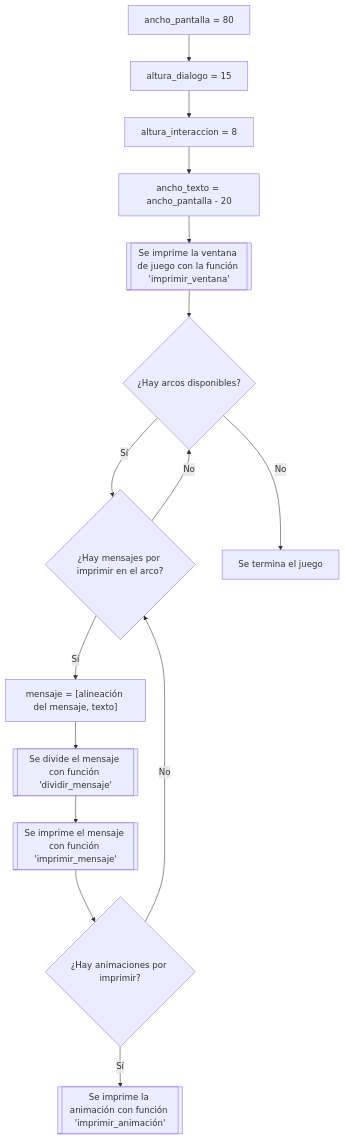
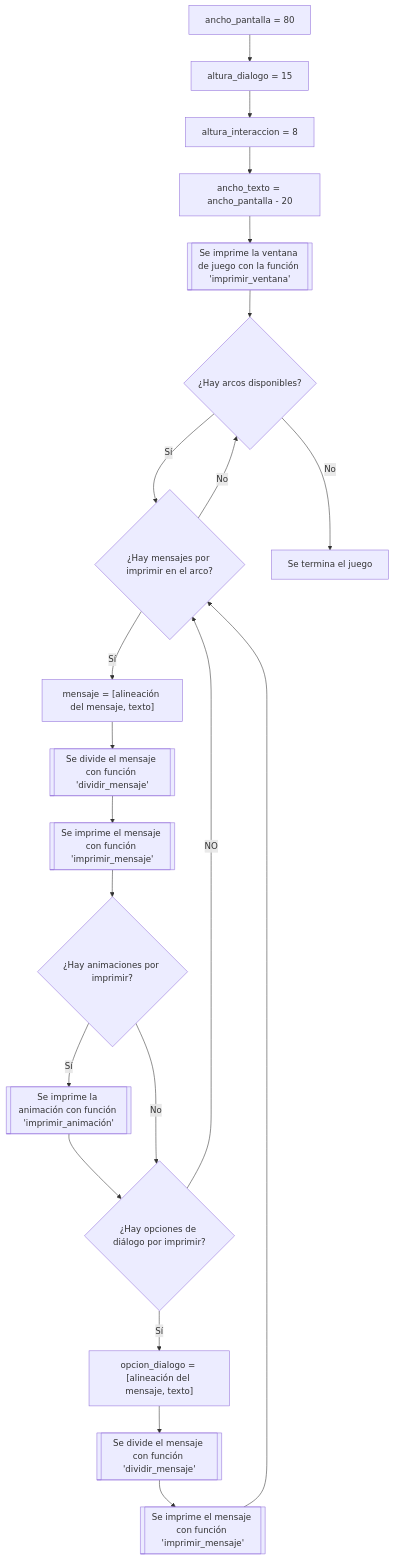
One commit to JuanJoToAl/Juego---Los_vivos_mienten changed the diagram in README.md. Above: the diagram before and after it, drawn with Mermaid.

Commit message:
DIAGRAMA DE FLUJO

````diff
--- a/README.md
+++ b/README.md
@@ -5,17 +5,24 @@
 ```mermaid
 flowchart TD
     A[ancho_pantalla = 80] -->B[altura_dialogo = 15]
     B --> C[altura_interaccion = 8]
+    
     C -->D[ancho_texto = ancho_pantalla - 20]
     D -->E[["Se imprime la ventana de juego con la función 'imprimir_ventana'"]]
     E -->F{¿Hay arcos disponibles?}
     F -- Sí --> G{¿Hay mensajes por imprimir en el arco?}
         G -- Sí --> I["mensaje = [alineación del mensaje, texto]"]
             I -->J[["Se divide el mensaje con función 'dividir_mensaje'"]]
             J-->K[["Se imprime el mensaje con función 'imprimir_mensaje'"]]
             K-->L{¿Hay animaciones por imprimir?}
                 L -- Sí -->M[["Se imprime la animación con función 'imprimir_animación'"]]
-                L -- No -->G
+                    M-->N{¿Hay opciones de diálogo por imprimir?}
+                    N -- Sí --> O["opcion_dialogo = [alineación del mensaje, texto]"]
+                        O-->P[["Se divide el mensaje con función 'dividir_mensaje'"]]
+                        P-->Q[["Se imprime el mensaje con función 'imprimir_mensaje'"]]
+                        Q-->G
+                    N -- NO --> G
+                L -- No -->N
         G -- No -->F
     F -- No --> H[Se termina el juego]
 ```
````
